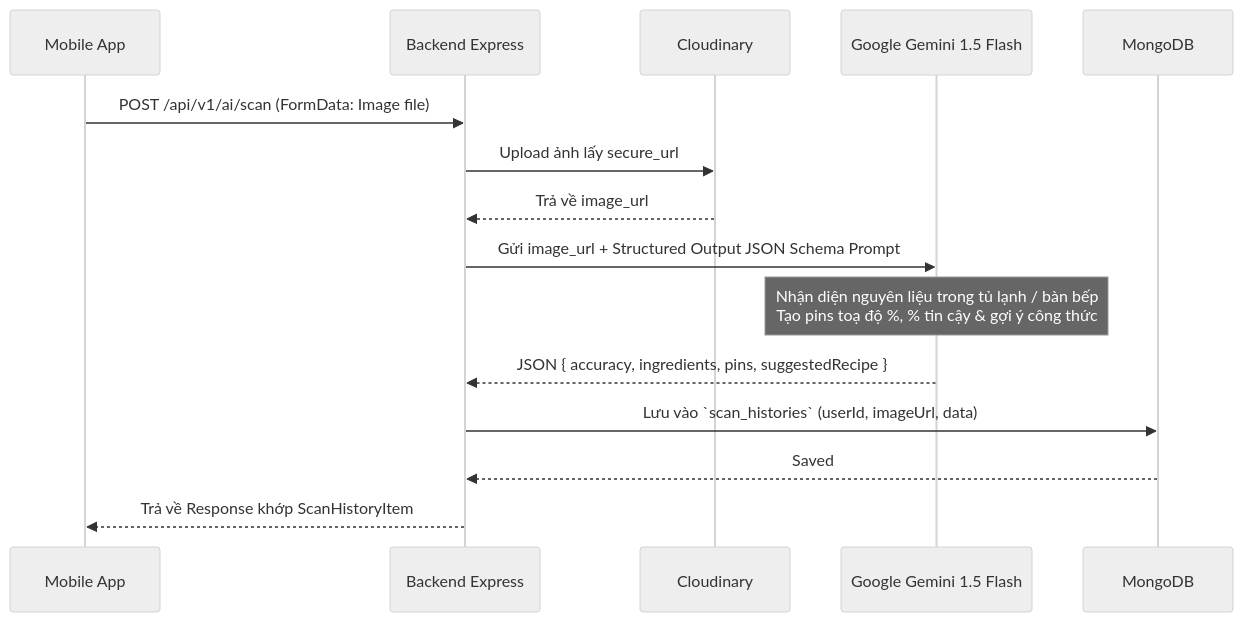
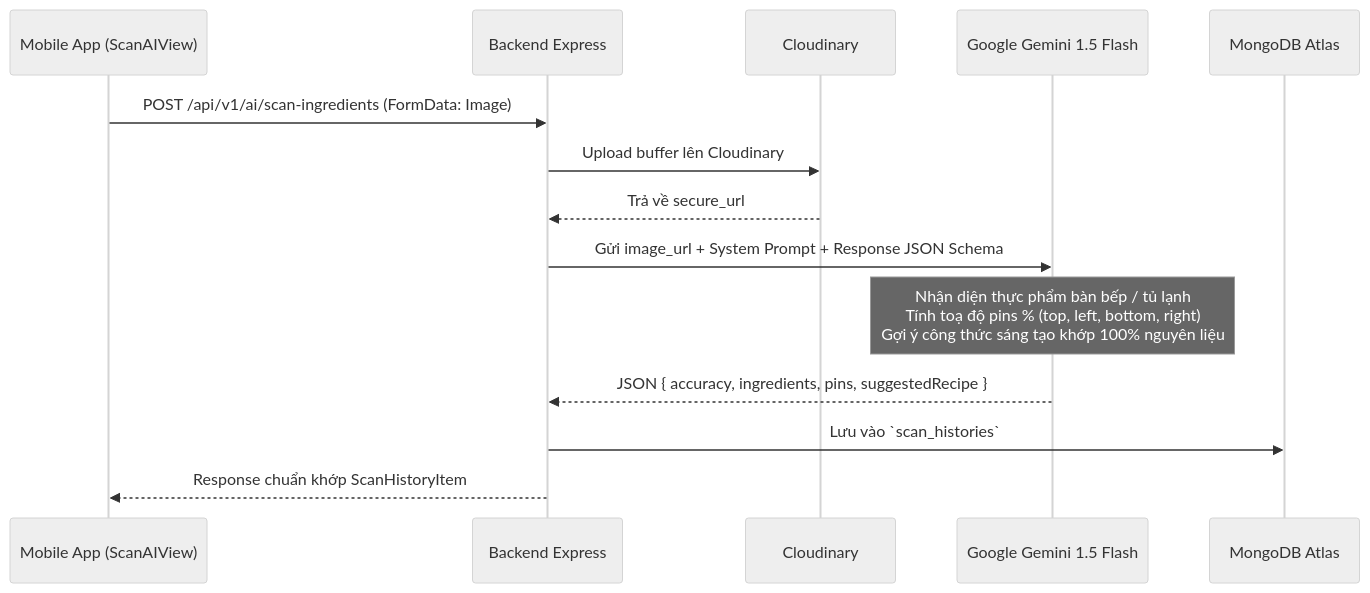
One commit to DevTurtle-Hub/smartcook-backend changed the second of 2 diagrams in IMPLEMENTATION_PLAN.md. Above: the diagram before and after it, drawn with Mermaid (neutral theme). The commit also changed other lines of this file, not shown here.

Commit message:
docs: update IMPLEMENTATION_PLAN.md with full mobile gap analysis and 8-phase roadmap

````diff
--- a/IMPLEMENTATION_PLAN.md
+++ b/IMPLEMENTATION_PLAN.md
@@ -334,18 +343,17 @@
 ```mermaid
 sequenceDiagram
-    participant App as Mobile App
+    participant Mobile as Mobile App (ScanAIView)
     participant BE as Backend Express
     participant CDN as Cloudinary
     participant Gemini as Google Gemini 1.5 Flash
-    participant DB as MongoDB
+    participant DB as MongoDB Atlas
 
-    App->>BE: POST /api/v1/ai/scan (FormData: Image file)
-    BE->>CDN: Upload ảnh lấy secure_url
-    CDN-->>BE: Trả về image_url
-    BE->>Gemini: Gửi image_url + Structured Output JSON Schema Prompt
-    Note over Gemini: Nhận diện nguyên liệu trong tủ lạnh / bàn bếp<br/>Tạo pins toạ độ %, % tin cậy & gợi ý công thức
+    Mobile->>BE: POST /api/v1/ai/scan-ingredients (FormData: Image)
+    BE->>CDN: Upload buffer lên Cloudinary
+    CDN-->>BE: Trả về secure_url
+    BE->>Gemini: Gửi image_url + System Prompt + Response JSON Schema
+    Note over Gemini: Nhận diện thực phẩm bàn bếp / tủ lạnh<br/>Tính toạ độ pins % (top, left, bottom, right)<br/>Gợi ý công thức sáng tạo khớp 100% nguyên liệu
     Gemini-->>BE: JSON { accuracy, ingredients, pins, suggestedRecipe }
-    BE->>DB: Lưu vào `scan_histories` (userId, imageUrl, data)
-    DB-->>BE: Saved
-    BE-->>App: Trả về Response khớp ScanHistoryItem
+    BE->>DB: Lưu vào `scan_histories`
+    BE-->>Mobile: Response chuẩn khớp ScanHistoryItem
 ```
````
